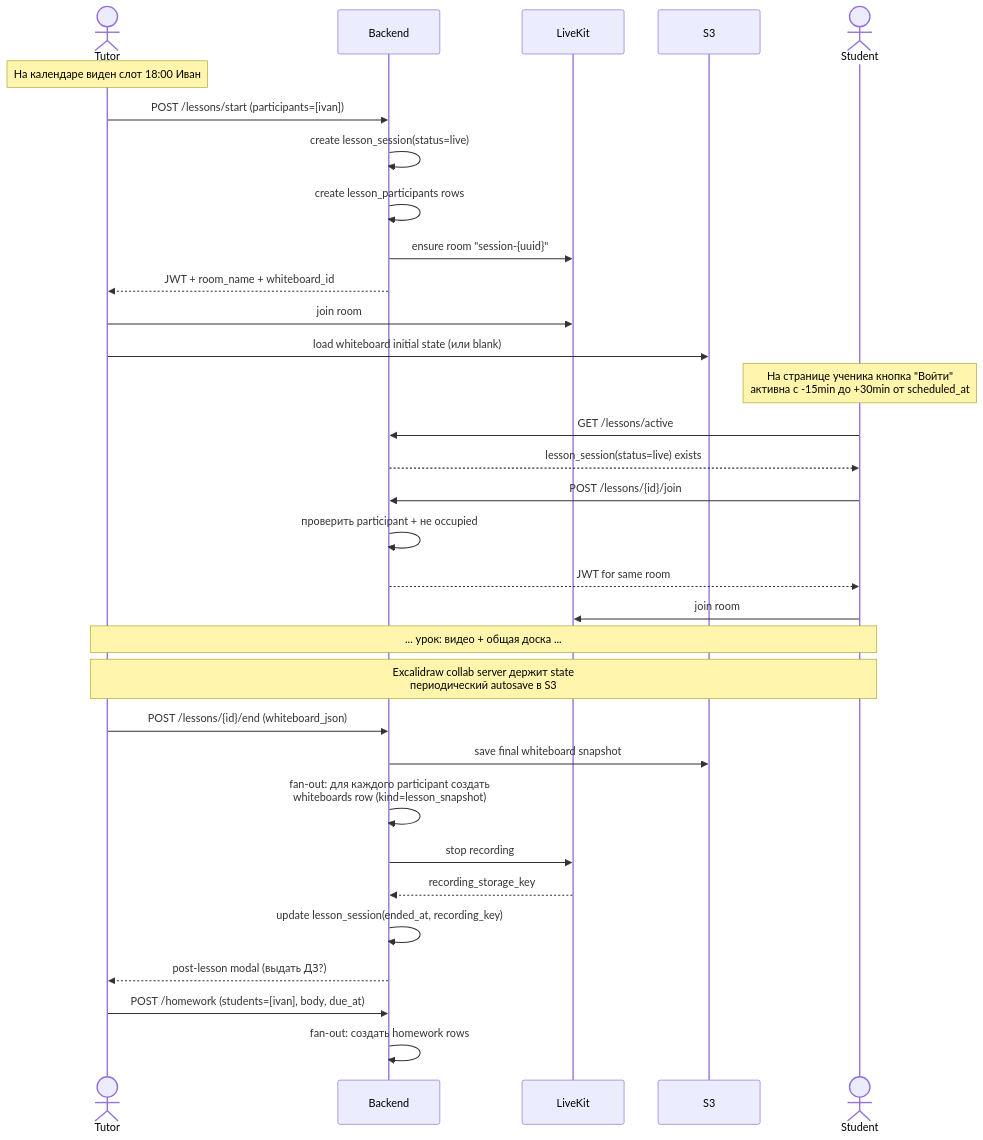
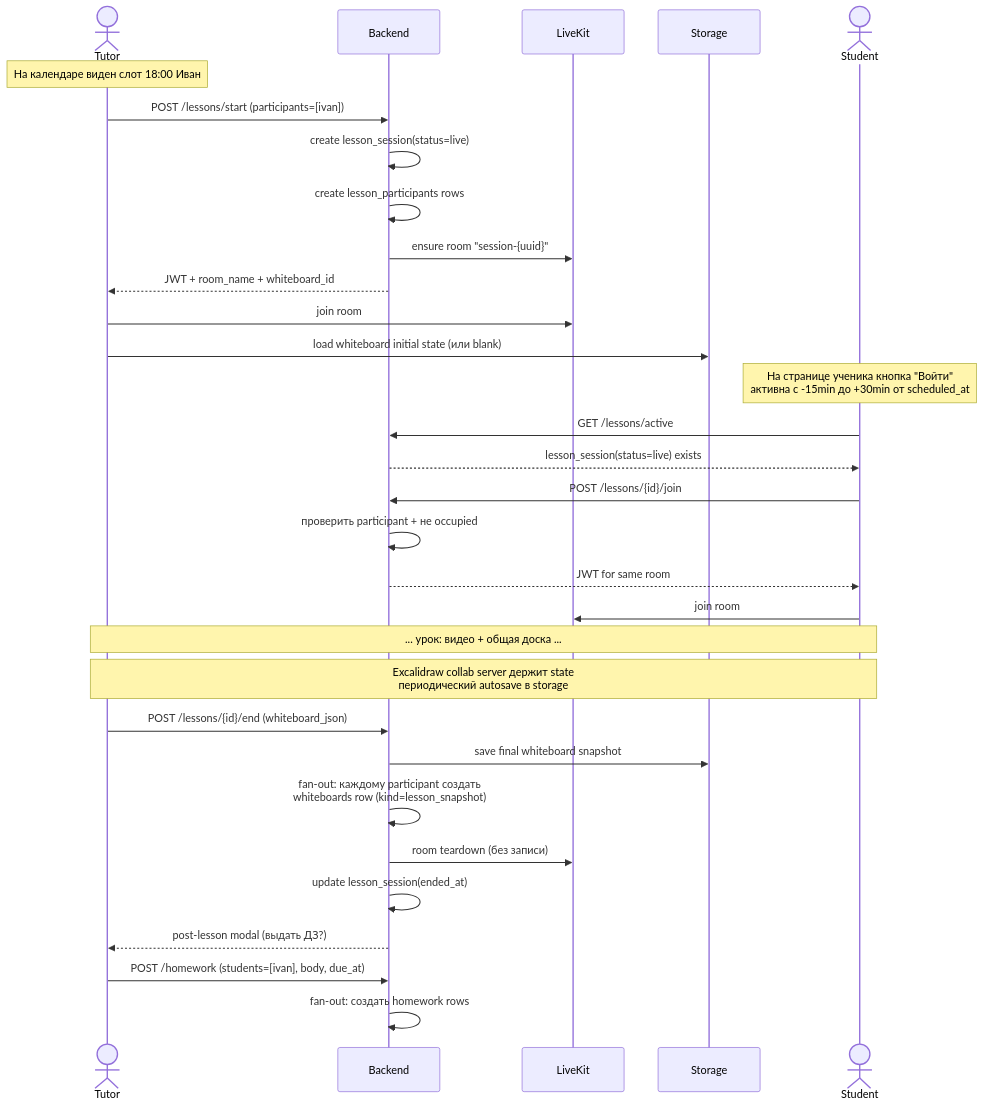
One commit to ivan-aleschin/dojo changed the diagram in TUTORING_PLATFORM_PLAN.md. Above: the diagram before and after it, drawn with Mermaid. The commit also changed other lines of this file, not shown here.

Commit message:
docs: fix s3 and recording

````diff
--- a/TUTORING_PLATFORM_PLAN.md
+++ b/TUTORING_PLATFORM_PLAN.md
@@ -271,39 +274,38 @@
 ```mermaid
 sequenceDiagram
     actor T as Tutor
     participant B as Backend
     participant LK as LiveKit
-    participant S3 as S3
+    participant FS as Storage
     actor S as Student
 
     Note over T: На календаре виден слот 18:00 Иван
     T->>B: POST /lessons/start (participants=[ivan])
     B->>B: create lesson_session(status=live)
     B->>B: create lesson_participants rows
     B->>LK: ensure room "session-{uuid}"
     B-->>T: JWT + room_name + whiteboard_id
     T->>LK: join room
-    T->>S3: load whiteboard initial state (или blank)
+    T->>FS: load whiteboard initial state (или blank)
 
     Note over S: На странице ученика кнопка "Войти"<br/>активна с -15min до +30min от scheduled_at
     S->>B: GET /lessons/active
     B-->>S: lesson_session(status=live) exists
     S->>B: POST /lessons/{id}/join
     B->>B: проверить participant + не occupied
     B-->>S: JWT for same room
     S->>LK: join room
 
     Note over T,S: ... урок: видео + общая доска ...
-    Note over T,S: Excalidraw collab server держит state<br/>периодический autosave в S3
+    Note over T,S: Excalidraw collab server держит state<br/>периодический autosave в storage
 
     T->>B: POST /lessons/{id}/end (whiteboard_json)
-    B->>S3: save final whiteboard snapshot
-    B->>B: fan-out: для каждого participant создать<br/>whiteboards row (kind=lesson_snapshot)
-    B->>LK: stop recording
-    LK-->>B: recording_storage_key
-    B->>B: update lesson_session(ended_at, recording_key)
+    B->>FS: save final whiteboard snapshot
+    B->>B: fan-out: каждому participant создать<br/>whiteboards row (kind=lesson_snapshot)
+    B->>LK: room teardown (без записи)
+    B->>B: update lesson_session(ended_at)
     B-->>T: post-lesson modal (выдать ДЗ?)
 
     T->>B: POST /homework (students=[ivan], body, due_at)
     B->>B: fan-out: создать homework rows
 ```
````
